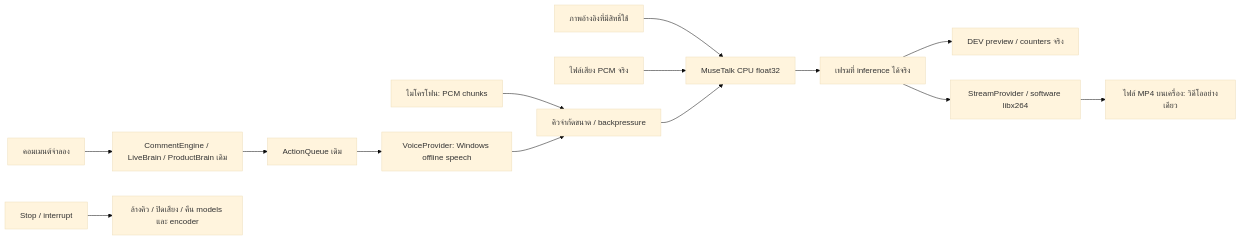
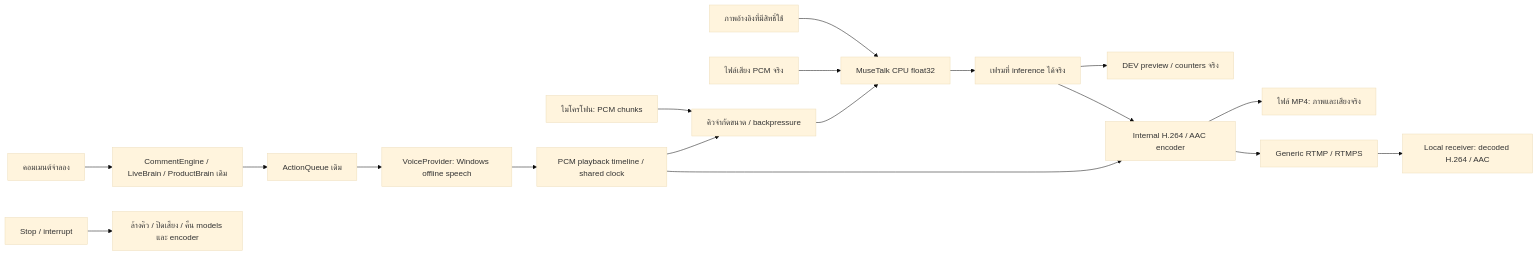
Before and after one commit to kkhunmingg-commits/viralflow-ai: the second of 2 diagrams in docs/AI_LIVE_ARCHITECTURE.md, drawn with Mermaid (base theme). The commit also changed other lines of this file and 41 other files, not shown here.

````diff
--- a/docs/AI_LIVE_ARCHITECTURE.md
+++ b/docs/AI_LIVE_ARCHITECTURE.md
@@ -78,16 +79,20 @@
 ```mermaid
 flowchart LR
   Reference[ภาพอ้างอิงที่มีสิทธิ์ใช้] --> CPU[MuseTalk CPU float32]
   File[ไฟล์เสียง PCM จริง] --> CPU
   Mic[ไมโครโฟน: PCM chunks] --> Queue[คิวจำกัดขนาด / backpressure]
   Queue --> CPU
   Comment[คอมเมนต์จำลอง] --> Domain[CommentEngine / LiveBrain / ProductBrain เดิม]
   Domain --> Action[ActionQueue เดิม]
   Action --> Voice[VoiceProvider: Windows offline speech]
-  Voice --> Queue
+  Voice --> PCM[PCM playback timeline / shared clock]
+  PCM --> Queue
   CPU --> JPEG[เฟรมที่ inference ได้จริง]
   JPEG --> Preview[DEV preview / counters จริง]
-  JPEG --> Encoder[StreamProvider / software libx264]
-  Encoder --> Local[ไฟล์ MP4 บนเครื่อง: วิดีโออย่างเดียว]
+  JPEG --> Encoder[Internal H.264 / AAC encoder]
+  PCM --> Encoder
+  Encoder --> Local[ไฟล์ MP4: ภาพและเสียงจริง]
+  Encoder --> Transport[Generic RTMP / RTMPS]
+  Transport --> Receiver[Local receiver: decoded H.264 / AAC]
   Stop[Stop / interrupt] --> Release[ล้างคิว / ปิดเสียง / คืน models และ encoder]
 ```
````
